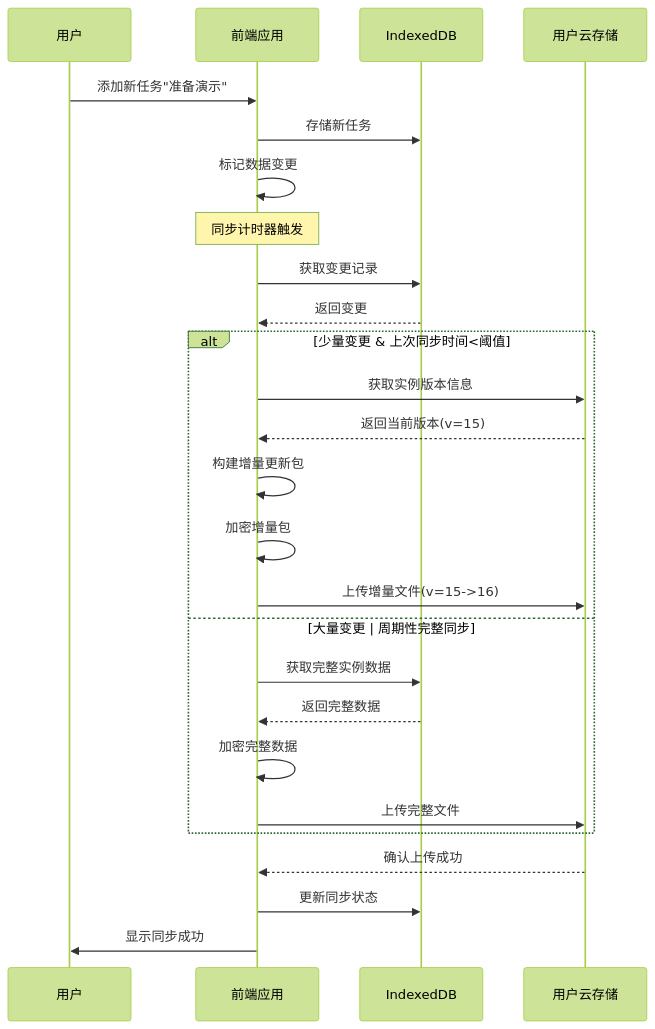
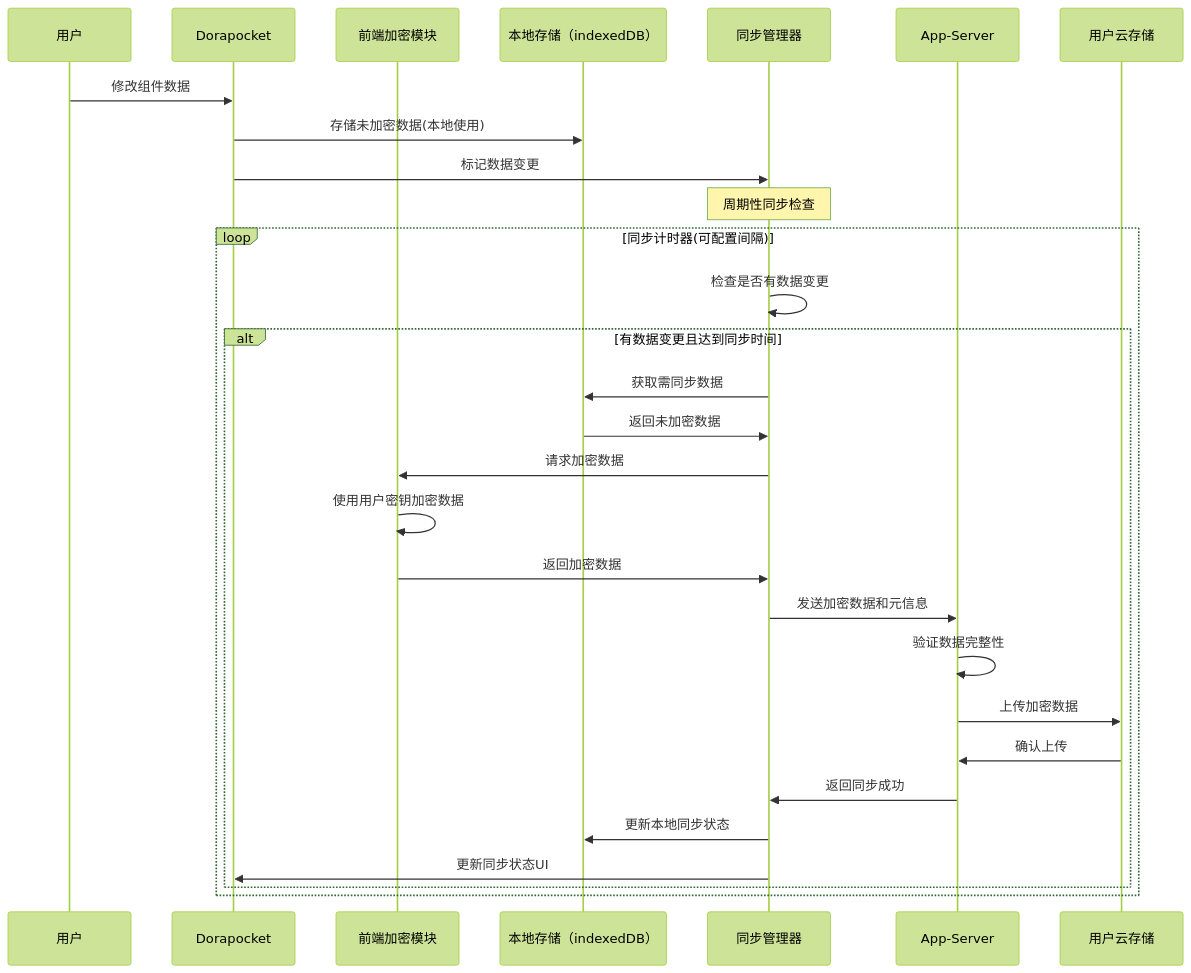
The diagram in all/未命名-34.md (yingjianzh/iodraw-files), drawn with Mermaid (forest theme) before and after one commit.

Commit message:
2025-04-17 16:18:59 update

````diff
--- a/all/未命名-34.md
+++ b/all/未命名-34.md
@@ -1,33 +1,37 @@
 ```mermaid
+
 sequenceDiagram
     participant User as 用户
-    participant FrontEnd as 前端应用
-    participant LocalDB as IndexedDB
-    participant Cloud as 用户云存储
+    participant Frontend as Dorapocket
+    participant CryptoM as 前端加密模块
+    participant LocalDB as 本地存储（indexedDB）
+    participant SyncM as 同步管理器
+    participant AppServer as App-Server
+    participant UserCloud as 用户云存储
     
-    User->>FrontEnd: 添加新任务"准备演示"
-    FrontEnd->>LocalDB: 存储新任务
-    FrontEnd->>FrontEnd: 标记数据变更
+    User->>Frontend: 修改组件数据
+    Frontend->>LocalDB: 存储未加密数据(本地使用)
+    Frontend->>SyncM: 标记数据变更
     
-    note over FrontEnd: 同步计时器触发
+    note over SyncM: 周期性同步检查
     
-    FrontEnd->>LocalDB: 获取变更记录
-    LocalDB-->>FrontEnd: 返回变更
-    
-    alt 少量变更 & 上次同步时间<阈值
-        FrontEnd->>Cloud: 获取实例版本信息
-        Cloud-->>FrontEnd: 返回当前版本(v=15)
-        FrontEnd->>FrontEnd: 构建增量更新包
-        FrontEnd->>FrontEnd: 加密增量包
-        FrontEnd->>Cloud: 上传增量文件(v=15->16)
-    else 大量变更 | 周期性完整同步
-        FrontEnd->>LocalDB: 获取完整实例数据
-        LocalDB-->>FrontEnd: 返回完整数据
-        FrontEnd->>FrontEnd: 加密完整数据
-        FrontEnd->>Cloud: 上传完整文件
+    loop 同步计时器(可配置间隔)
+        SyncM->>SyncM: 检查是否有数据变更
+        
+        alt 有数据变更且达到同步时间
+            SyncM->>LocalDB: 获取需同步数据
+            LocalDB->>SyncM: 返回未加密数据
+            SyncM->>CryptoM: 请求加密数据
+            CryptoM->>CryptoM: 使用用户密钥加密数据
+            CryptoM->>SyncM: 返回加密数据
+            SyncM->>AppServer: 发送加密数据和元信息
+            AppServer->>AppServer: 验证数据完整性
+            AppServer->>UserCloud: 上传加密数据
+            UserCloud->>AppServer: 确认上传
+            AppServer->>SyncM: 返回同步成功
+            SyncM->>LocalDB: 更新本地同步状态
+            SyncM->>Frontend: 更新同步状态UI
+        end
     end
-    
-    Cloud-->>FrontEnd: 确认上传成功
-    FrontEnd->>LocalDB: 更新同步状态
-    FrontEnd->>User: 显示同步成功
+
 ```
````
